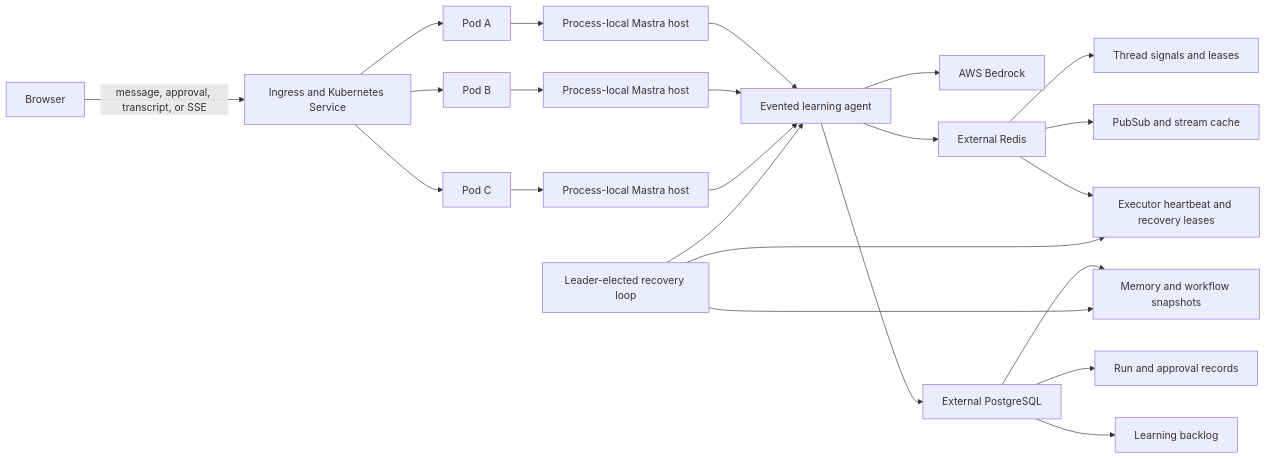
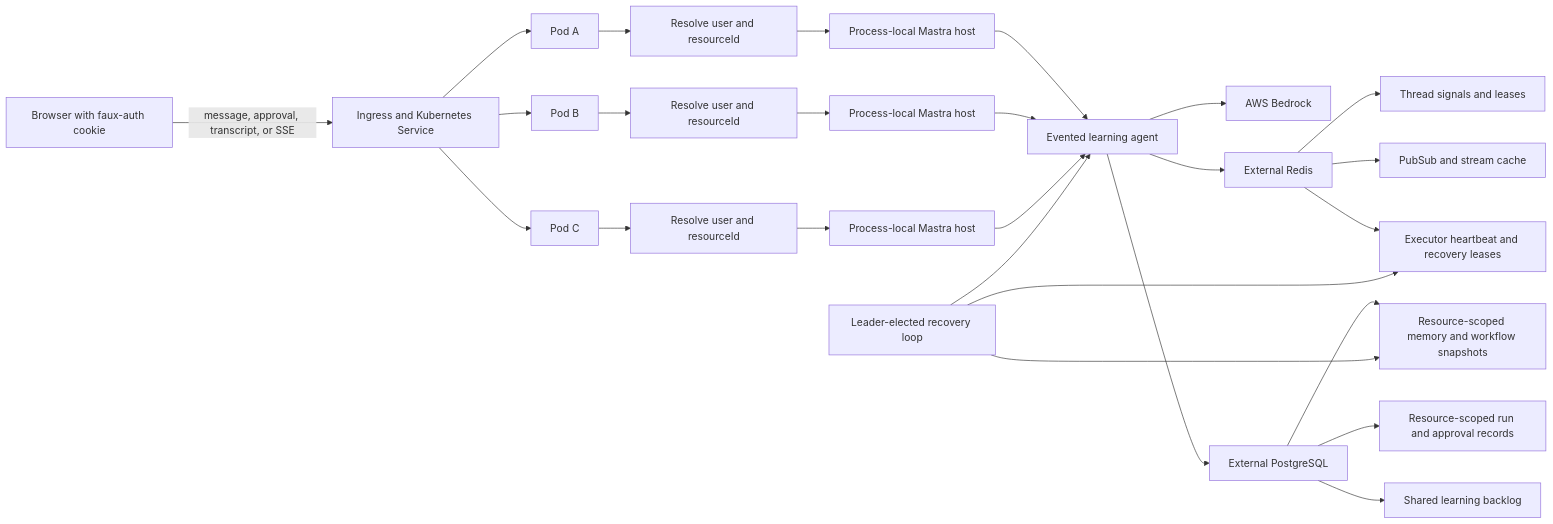
The first of 5 diagrams in docs/plans/2026-07-20-092510-mastra-durable-agent-kubernetes-ha-plan.md (eyablonowitz/mastra-learning), drawn with Mermaid before and after one commit. The commit also changed other lines of this file, not shown here.

Commit message:
update durable agent plan to reconcile with user/session isolation

````diff
--- a/docs/plans/2026-07-20-092510-mastra-durable-agent-kubernetes-ha-plan.md
+++ b/docs/plans/2026-07-20-092510-mastra-durable-agent-kubernetes-ha-plan.md
@@ -108,31 +113,35 @@
 ```mermaid
 flowchart LR
-    Browser["Browser"] -->|"message, approval, transcript, or SSE"| Ingress["Ingress and Kubernetes Service"]
+    Browser["Browser with faux-auth cookie"] -->|"message, approval, transcript, or SSE"| Ingress["Ingress and Kubernetes Service"]
     Ingress --> PodA["Pod A"]
     Ingress --> PodB["Pod B"]
     Ingress --> PodC["Pod C"]
 
-    PodA --> HostA["Process-local Mastra host"]
-    PodB --> HostB["Process-local Mastra host"]
-    PodC --> HostC["Process-local Mastra host"]
+    PodA --> IdentityA["Resolve user and resourceId"]
+    PodB --> IdentityB["Resolve user and resourceId"]
+    PodC --> IdentityC["Resolve user and resourceId"]
+
+    IdentityA --> HostA["Process-local Mastra host"]
+    IdentityB --> HostB["Process-local Mastra host"]
+    IdentityC --> HostC["Process-local Mastra host"]
 
     HostA --> Evented["Evented learning agent"]
     HostB --> Evented
     HostC --> Evented
 
     Evented --> Bedrock["AWS Bedrock"]
     Evented --> Redis["External Redis"]
     Evented --> Postgres["External PostgreSQL"]
 
     Redis --> Signals["Thread signals and leases"]
     Redis --> Streams["PubSub and stream cache"]
     Redis --> Recovery["Executor heartbeat and recovery leases"]
 
-    Postgres --> Durable["Memory and workflow snapshots"]
-    Postgres --> Runs["Run and approval records"]
-    Postgres --> Backlog["Learning backlog"]
+    Postgres --> Durable["Resource-scoped memory and workflow snapshots"]
+    Postgres --> Runs["Resource-scoped run and approval records"]
+    Postgres --> Backlog["Shared learning backlog"]
 
     Coordinator["Leader-elected recovery loop"] --> Recovery
     Coordinator --> Durable
     Coordinator --> Evented
 ```
````
